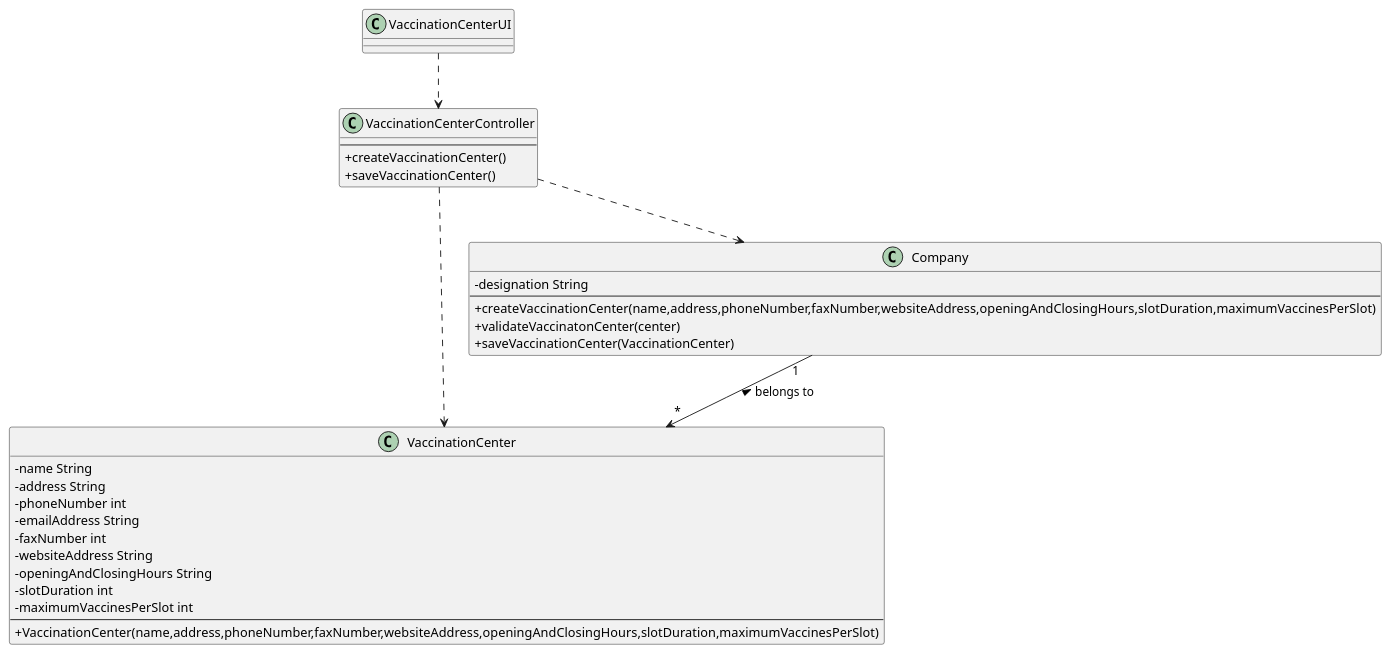
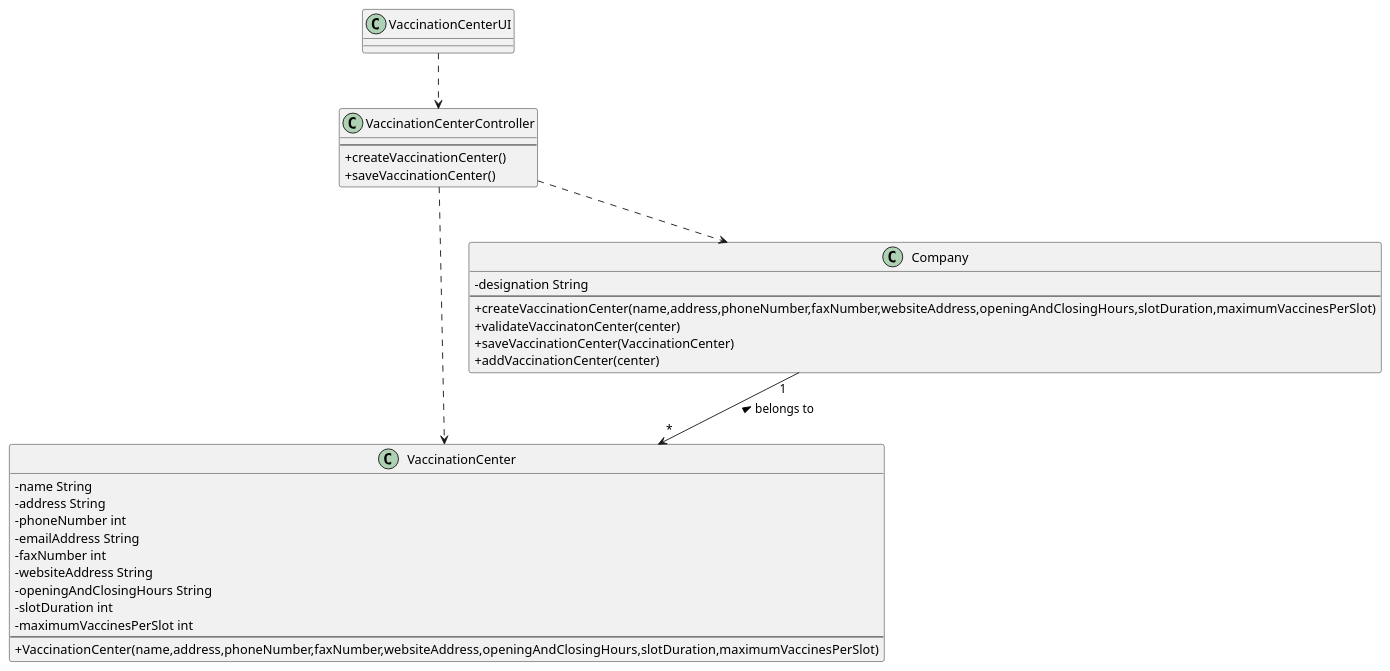
One commit to miseEnPlace-i/lapr2 changed the diagram in docs/SprintB/US09/CD/US09_CD.puml. Above: the diagram before and after it, drawn with PlantUML.

Commit message:
docs(US09): updated CD

```diff
--- a/docs/SprintB/US09/CD/US09_CD.puml
+++ b/docs/SprintB/US09/CD/US09_CD.puml
@@ -1,40 +1,41 @@
 @startuml US09_CD
 skinparam classAttributeIconSize 0
 
 class VaccinationCenter {
   - name String
   - address String
   - phoneNumber int
   - emailAddress String
   - faxNumber int
   - websiteAddress String
   - openingAndClosingHours String
   - slotDuration int
   - maximumVaccinesPerSlot int
   ---
  +VaccinationCenter(name,address,phoneNumber,faxNumber,websiteAddress,openingAndClosingHours,slotDuration,maximumVaccinesPerSlot)
 }
 
 
 class Company {
   -designation String
   ---
   +createVaccinationCenter(name,address,phoneNumber,faxNumber,websiteAddress,openingAndClosingHours,slotDuration,maximumVaccinesPerSlot)
   +validateVaccinatonCenter(center)
   +saveVaccinationCenter(VaccinationCenter)
+  +addVaccinationCenter(center)
 }
 
 class VaccinationCenterController {
   ---
   +createVaccinationCenter()
   +saveVaccinationCenter()
 }
 
 class VaccinationCenterUI {}
 
 VaccinationCenterUI ..> VaccinationCenterController
 VaccinationCenterController ..> Company
 Company "1" --> "*" VaccinationCenter : belongs to <
 VaccinationCenterController ..> VaccinationCenter
 
 @enduml
```
